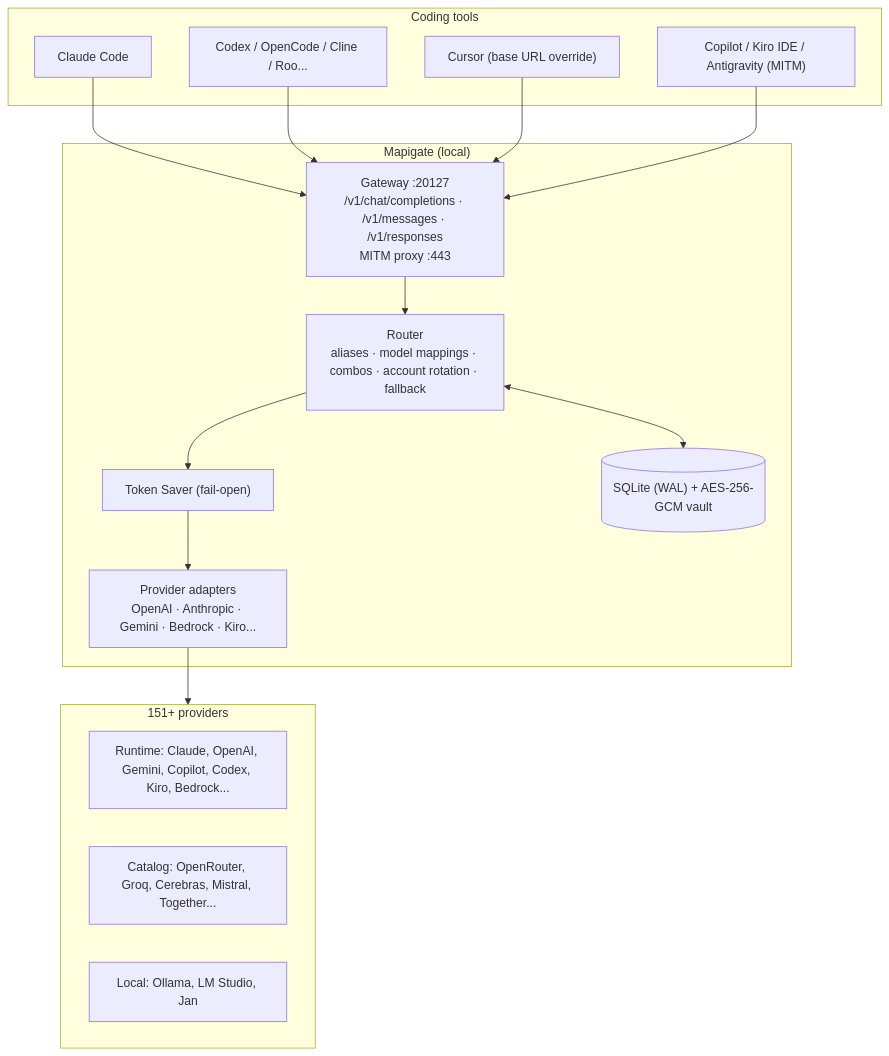
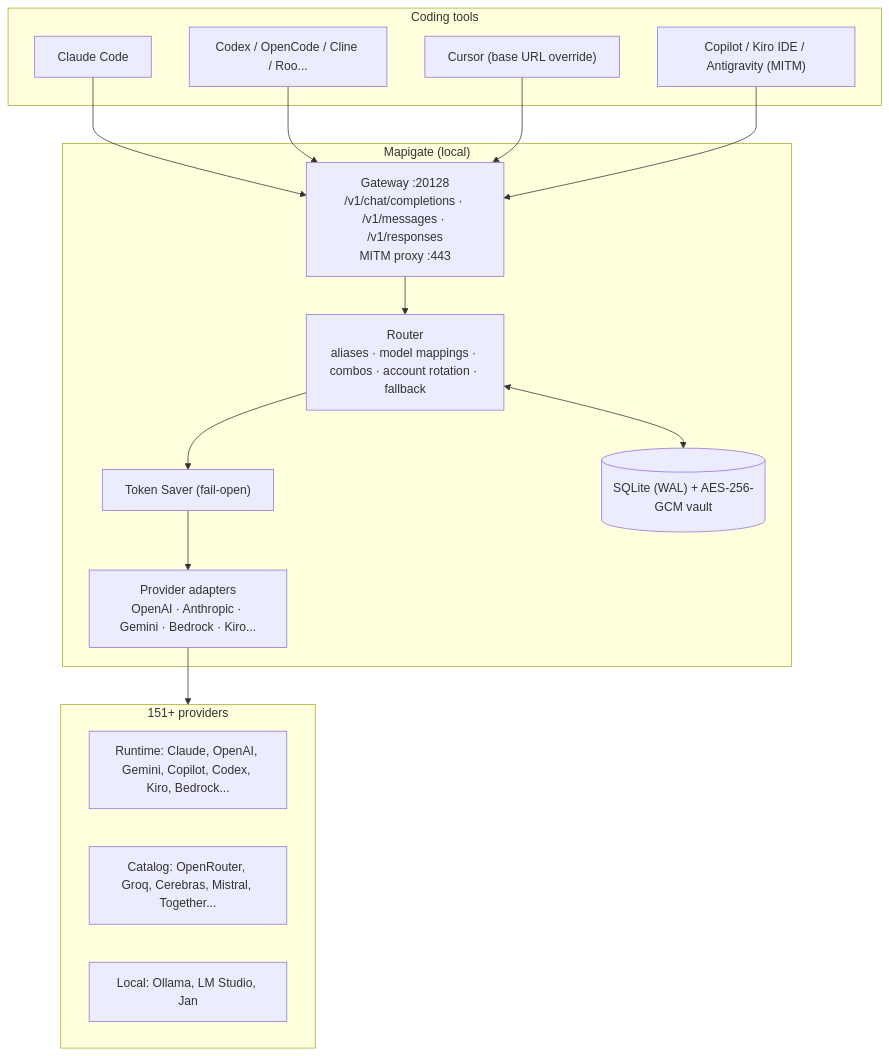
One commit to joutvhu/mapigate changed the first of 4 diagrams in README.md. Above: the diagram before and after it, drawn with Mermaid. The commit also changed other lines of this file and 68 other files, not shown here.

````diff
--- a/README.md
+++ b/README.md
@@ -49,28 +49,28 @@
 ```mermaid
 graph TD
     subgraph CLIENTS["Coding tools"]
         C1["Claude Code"]
         C2["Codex / OpenCode / Cline / Roo..."]
         C3["Cursor (base URL override)"]
         C4["Copilot / Kiro IDE / Antigravity (MITM)"]
     end
 
     subgraph MAPIGATE["Mapigate (local)"]
-        INGEST["Gateway :20127<br/>/v1/chat/completions · /v1/messages · /v1/responses<br/>MITM proxy :443"]
+        INGEST["Gateway :20128<br/>/v1/chat/completions · /v1/messages · /v1/responses<br/>MITM proxy :443"]
         ROUTER["Router<br/>aliases · model mappings · combos · account rotation · fallback"]
         SAVER["Token Saver (fail-open)"]
         ADAPTER["Provider adapters<br/>OpenAI · Anthropic · Gemini · Bedrock · Kiro..."]
         VAULT[("SQLite (WAL) + AES-256-GCM vault")]
     end
 
     subgraph UPSTREAM["151+ providers"]
         P1["Runtime: Claude, OpenAI, Gemini, Copilot, Codex, Kiro, Bedrock..."]
         P2["Catalog: OpenRouter, Groq, Cerebras, Mistral, Together..."]
         P3["Local: Ollama, LM Studio, Jan"]
     end
 
     C1 & C2 & C3 --> INGEST
     C4 --> INGEST
     INGEST --> ROUTER --> SAVER --> ADAPTER --> UPSTREAM
     ROUTER <--> VAULT
 ```
````
